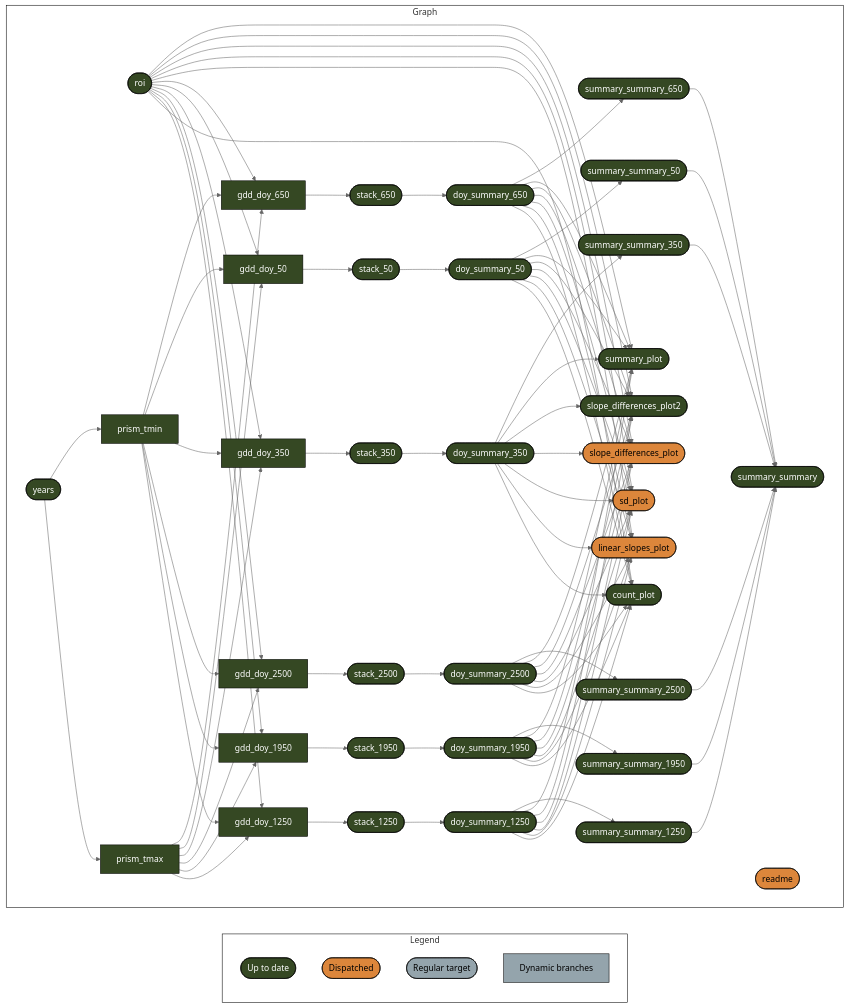
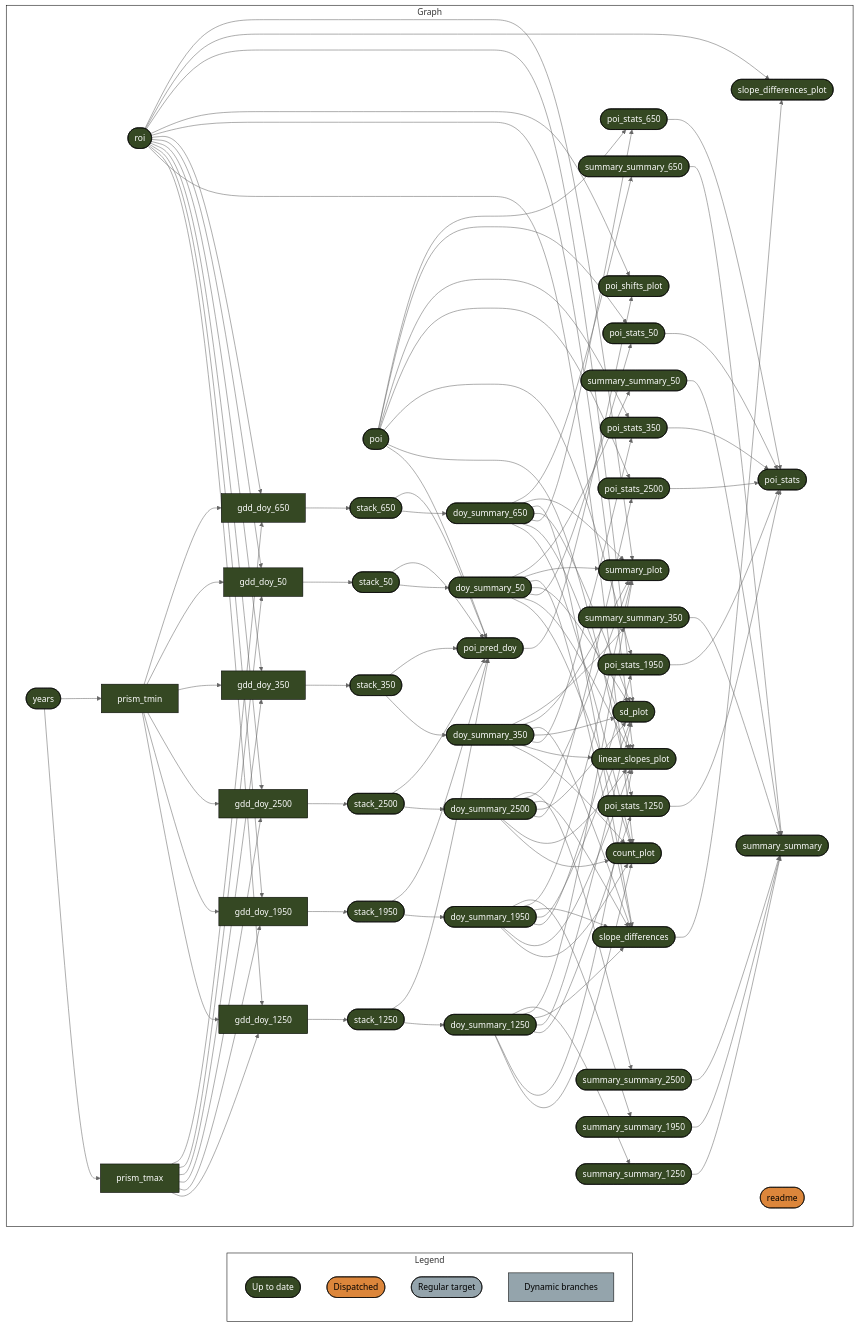
The diagram in README.md (usa-npn/thermal-trends), drawn with Mermaid (neutral theme) before and after one commit. The commit also changed other lines of this file and 1 other file, not shown here.

```diff
--- a/README.md
+++ b/README.md
@@ -61,67 +66,88 @@
   end
   subgraph Graph
     direction LR
-    xd187396e35b9df6a(["doy_summary_2500"]):::uptodate --> x11c2bf776c83b19c(["count_plot"]):::uptodate
-    xe3bc9075e32f80ca(["doy_summary_350"]):::uptodate --> x11c2bf776c83b19c(["count_plot"]):::uptodate
-    xe7a2595a28ea2e04(["doy_summary_1250"]):::uptodate --> x11c2bf776c83b19c(["count_plot"]):::uptodate
     xdc621d8734e6de6d(["doy_summary_50"]):::uptodate --> x11c2bf776c83b19c(["count_plot"]):::uptodate
-    x73ccc223e5bb7e64(["roi"]):::uptodate --> x11c2bf776c83b19c(["count_plot"]):::uptodate
     xc884cdd4fb17c69f(["doy_summary_1950"]):::uptodate --> x11c2bf776c83b19c(["count_plot"]):::uptodate
     xd36e999b706381d6(["doy_summary_650"]):::uptodate --> x11c2bf776c83b19c(["count_plot"]):::uptodate
+    xd187396e35b9df6a(["doy_summary_2500"]):::uptodate --> x11c2bf776c83b19c(["count_plot"]):::uptodate
+    xe7a2595a28ea2e04(["doy_summary_1250"]):::uptodate --> x11c2bf776c83b19c(["count_plot"]):::uptodate
+    x73ccc223e5bb7e64(["roi"]):::uptodate --> x11c2bf776c83b19c(["count_plot"]):::uptodate
+    xe3bc9075e32f80ca(["doy_summary_350"]):::uptodate --> x11c2bf776c83b19c(["count_plot"]):::uptodate
     x3290bd5727894db5(["stack_1250"]):::uptodate --> xe7a2595a28ea2e04(["doy_summary_1250"]):::uptodate
     x8aa20a6b22429bc6(["stack_1950"]):::uptodate --> xc884cdd4fb17c69f(["doy_summary_1950"]):::uptodate
     x9bfde4bdb66389ab(["stack_2500"]):::uptodate --> xd187396e35b9df6a(["doy_summary_2500"]):::uptodate
     xc842f879425cacb9(["stack_350"]):::uptodate --> xe3bc9075e32f80ca(["doy_summary_350"]):::uptodate
     xff5a5197cb4eb936(["stack_50"]):::uptodate --> xdc621d8734e6de6d(["doy_summary_50"]):::uptodate
     x98420a84329bc56b(["stack_650"]):::uptodate --> xd36e999b706381d6(["doy_summary_650"]):::uptodate
+    x73ccc223e5bb7e64(["roi"]):::uptodate --> xc8e128aab3cd4a9e["gdd_doy_1250"]:::uptodate
     xb76c0bbea0c751b0["prism_tmax"]:::uptodate --> xc8e128aab3cd4a9e["gdd_doy_1250"]:::uptodate
     xcaf68fce9acaa5b6["prism_tmin"]:::uptodate --> xc8e128aab3cd4a9e["gdd_doy_1250"]:::uptodate
-    x73ccc223e5bb7e64(["roi"]):::uptodate --> xc8e128aab3cd4a9e["gdd_doy_1250"]:::uptodate
+    xcaf68fce9acaa5b6["prism_tmin"]:::uptodate --> x2fee061101c79ea2["gdd_doy_1950"]:::uptodate
+    xb76c0bbea0c751b0["prism_tmax"]:::uptodate --> x2fee061101c79ea2["gdd_doy_1950"]:::uptodate
     x73ccc223e5bb7e64(["roi"]):::uptodate --> x2fee061101c79ea2["gdd_doy_1950"]:::uptodate
-    xb76c0bbea0c751b0["prism_tmax"]:::uptodate --> x2fee061101c79ea2["gdd_doy_1950"]:::uptodate
-    xcaf68fce9acaa5b6["prism_tmin"]:::uptodate --> x2fee061101c79ea2["gdd_doy_1950"]:::uptodate
+    x73ccc223e5bb7e64(["roi"]):::uptodate --> x28c62ae9542e7849["gdd_doy_2500"]:::uptodate
     xb76c0bbea0c751b0["prism_tmax"]:::uptodate --> x28c62ae9542e7849["gdd_doy_2500"]:::uptodate
     xcaf68fce9acaa5b6["prism_tmin"]:::uptodate --> x28c62ae9542e7849["gdd_doy_2500"]:::uptodate
-    x73ccc223e5bb7e64(["roi"]):::uptodate --> x28c62ae9542e7849["gdd_doy_2500"]:::uptodate
+    xcaf68fce9acaa5b6["prism_tmin"]:::uptodate --> x2d1ead242fc1f865["gdd_doy_350"]:::uptodate
+    xb76c0bbea0c751b0["prism_tmax"]:::uptodate --> x2d1ead242fc1f865["gdd_doy_350"]:::uptodate
     x73ccc223e5bb7e64(["roi"]):::uptodate --> x2d1ead242fc1f865["gdd_doy_350"]:::uptodate
-    xb76c0bbea0c751b0["prism_tmax"]:::uptodate --> x2d1ead242fc1f865["gdd_doy_350"]:::uptodate
-    xcaf68fce9acaa5b6["prism_tmin"]:::uptodate --> x2d1ead242fc1f865["gdd_doy_350"]:::uptodate
+    xb76c0bbea0c751b0["prism_tmax"]:::uptodate --> x786a1a0a06ddc553["gdd_doy_50"]:::uptodate
     xcaf68fce9acaa5b6["prism_tmin"]:::uptodate --> x786a1a0a06ddc553["gdd_doy_50"]:::uptodate
     x73ccc223e5bb7e64(["roi"]):::uptodate --> x786a1a0a06ddc553["gdd_doy_50"]:::uptodate
-    xb76c0bbea0c751b0["prism_tmax"]:::uptodate --> x786a1a0a06ddc553["gdd_doy_50"]:::uptodate
+    xcaf68fce9acaa5b6["prism_tmin"]:::uptodate --> x6672cfab7f0558ba["gdd_doy_650"]:::uptodate
     xb76c0bbea0c751b0["prism_tmax"]:::uptodate --> x6672cfab7f0558ba["gdd_doy_650"]:::uptodate
     x73ccc223e5bb7e64(["roi"]):::uptodate --> x6672cfab7f0558ba["gdd_doy_650"]:::uptodate
-    xcaf68fce9acaa5b6["prism_tmin"]:::uptodate --> x6672cfab7f0558ba["gdd_doy_650"]:::uptodate
-    x73ccc223e5bb7e64(["roi"]):::uptodate --> x9a95e37bbec60034(["linear_slopes_plot"]):::dispatched
-    xdc621d8734e6de6d(["doy_summary_50"]):::uptodate --> x9a95e37bbec60034(["linear_slopes_plot"]):::dispatched
-    xc884cdd4fb17c69f(["doy_summary_1950"]):::uptodate --> x9a95e37bbec60034(["linear_slopes_plot"]):::dispatched
-    xe3bc9075e32f80ca(["doy_summary_350"]):::uptodate --> x9a95e37bbec60034(["linear_slopes_plot"]):::dispatched
-    xd187396e35b9df6a(["doy_summary_2500"]):::uptodate --> x9a95e37bbec60034(["linear_slopes_plot"]):::dispatched
-    xe7a2595a28ea2e04(["doy_summary_1250"]):::uptodate --> x9a95e37bbec60034(["linear_slopes_plot"]):::dispatched
-    xd36e999b706381d6(["doy_summary_650"]):::uptodate --> x9a95e37bbec60034(["linear_slopes_plot"]):::dispatched
+    xe7a2595a28ea2e04(["doy_summary_1250"]):::uptodate --> x9a95e37bbec60034(["linear_slopes_plot"]):::uptodate
+    xd187396e35b9df6a(["doy_summary_2500"]):::uptodate --> x9a95e37bbec60034(["linear_slopes_plot"]):::uptodate
+    xdc621d8734e6de6d(["doy_summary_50"]):::uptodate --> x9a95e37bbec60034(["linear_slopes_plot"]):::uptodate
+    xc884cdd4fb17c69f(["doy_summary_1950"]):::uptodate --> x9a95e37bbec60034(["linear_slopes_plot"]):::uptodate
+    xe3bc9075e32f80ca(["doy_summary_350"]):::uptodate --> x9a95e37bbec60034(["linear_slopes_plot"]):::uptodate
+    xd36e999b706381d6(["doy_summary_650"]):::uptodate --> x9a95e37bbec60034(["linear_slopes_plot"]):::uptodate
+    x73ccc223e5bb7e64(["roi"]):::uptodate --> x9a95e37bbec60034(["linear_slopes_plot"]):::uptodate
+    xff5a5197cb4eb936(["stack_50"]):::uptodate --> x41b128208ccec715(["poi_pred_doy"]):::uptodate
+    xc842f879425cacb9(["stack_350"]):::uptodate --> x41b128208ccec715(["poi_pred_doy"]):::uptodate
+    x556077819df2ba0d(["poi"]):::uptodate --> x41b128208ccec715(["poi_pred_doy"]):::uptodate
+    x98420a84329bc56b(["stack_650"]):::uptodate --> x41b128208ccec715(["poi_pred_doy"]):::uptodate
+    x8aa20a6b22429bc6(["stack_1950"]):::uptodate --> x41b128208ccec715(["poi_pred_doy"]):::uptodate
+    x3290bd5727894db5(["stack_1250"]):::uptodate --> x41b128208ccec715(["poi_pred_doy"]):::uptodate
+    x9bfde4bdb66389ab(["stack_2500"]):::uptodate --> x41b128208ccec715(["poi_pred_doy"]):::uptodate
+    x41b128208ccec715(["poi_pred_doy"]):::uptodate --> xbd115849bddb4a76(["poi_shifts_plot"]):::uptodate
+    x73ccc223e5bb7e64(["roi"]):::uptodate --> xbd115849bddb4a76(["poi_shifts_plot"]):::uptodate
+    x4a0f84ca502caa8d(["poi_stats_1950"]):::uptodate --> x7a722b64ce2ed1a1(["poi_stats"]):::uptodate
+    xbdede1d17e2cddbb(["poi_stats_2500"]):::uptodate --> x7a722b64ce2ed1a1(["poi_stats"]):::uptodate
+    x585c954b4e620bc6(["poi_stats_50"]):::uptodate --> x7a722b64ce2ed1a1(["poi_stats"]):::uptodate
+    x6fbb12a3bc31060f(["poi_stats_1250"]):::uptodate --> x7a722b64ce2ed1a1(["poi_stats"]):::uptodate
+    x87ab2591407fd72c(["poi_stats_650"]):::uptodate --> x7a722b64ce2ed1a1(["poi_stats"]):::uptodate
+    xc303273133d8a2cf(["poi_stats_350"]):::uptodate --> x7a722b64ce2ed1a1(["poi_stats"]):::uptodate
+    xe7a2595a28ea2e04(["doy_summary_1250"]):::uptodate --> x6fbb12a3bc31060f(["poi_stats_1250"]):::uptodate
+    x556077819df2ba0d(["poi"]):::uptodate --> x6fbb12a3bc31060f(["poi_stats_1250"]):::uptodate
+    x556077819df2ba0d(["poi"]):::uptodate --> x4a0f84ca502caa8d(["poi_stats_1950"]):::uptodate
+    xc884cdd4fb17c69f(["doy_summary_1950"]):::uptodate --> x4a0f84ca502caa8d(["poi_stats_1950"]):::uptodate
+    xd187396e35b9df6a(["doy_summary_2500"]):::uptodate --> xbdede1d17e2cddbb(["poi_stats_2500"]):::uptodate
+    x556077819df2ba0d(["poi"]):::uptodate --> xbdede1d17e2cddbb(["poi_stats_2500"]):::uptodate
+    x556077819df2ba0d(["poi"]):::uptodate --> xc303273133d8a2cf(["poi_stats_350"]):::uptodate
+    xe3bc9075e32f80ca(["doy_summary_350"]):::uptodate --> xc303273133d8a2cf(["poi_stats_350"]):::uptodate
+    xdc621d8734e6de6d(["doy_summary_50"]):::uptodate --> x585c954b4e620bc6(["poi_stats_50"]):::uptodate
+    x556077819df2ba0d(["poi"]):::uptodate --> x585c954b4e620bc6(["poi_stats_50"]):::uptodate
+    xd36e999b706381d6(["doy_summary_650"]):::uptodate --> x87ab2591407fd72c(["poi_stats_650"]):::uptodate
+    x556077819df2ba0d(["poi"]):::uptodate --> x87ab2591407fd72c(["poi_stats_650"]):::uptodate
     xf9ac23fbc741da6f(["years"]):::uptodate --> xb76c0bbea0c751b0["prism_tmax"]:::uptodate
     xf9ac23fbc741da6f(["years"]):::uptodate --> xcaf68fce9acaa5b6["prism_tmin"]:::uptodate
-    x73ccc223e5bb7e64(["roi"]):::uptodate --> x1a7be1bbbb0646ca(["sd_plot"]):::dispatched
-    xdc621d8734e6de6d(["doy_summary_50"]):::uptodate --> x1a7be1bbbb0646ca(["sd_plot"]):::dispatched
-    xe3bc9075e32f80ca(["doy_summary_350"]):::uptodate --> x1a7be1bbbb0646ca(["sd_plot"]):::dispatched
-    xd36e999b706381d6(["doy_summary_650"]):::uptodate --> x1a7be1bbbb0646ca(["sd_plot"]):::dispatched
-    xd187396e35b9df6a(["doy_summary_2500"]):::uptodate --> x1a7be1bbbb0646ca(["sd_plot"]):::dispatched
-    xe7a2595a28ea2e04(["doy_summary_1250"]):::uptodate --> x1a7be1bbbb0646ca(["sd_plot"]):::dispatched
-    xc884cdd4fb17c69f(["doy_summary_1950"]):::uptodate --> x1a7be1bbbb0646ca(["sd_plot"]):::dispatched
-    xe7a2595a28ea2e04(["doy_summary_1250"]):::uptodate --> x37fe5b550c0a1008(["slope_differences_plot"]):::dispatched
-    xd187396e35b9df6a(["doy_summary_2500"]):::uptodate --> x37fe5b550c0a1008(["slope_differences_plot"]):::dispatched
-    xdc621d8734e6de6d(["doy_summary_50"]):::uptodate --> x37fe5b550c0a1008(["slope_differences_plot"]):::dispatched
-    xe3bc9075e32f80ca(["doy_summary_350"]):::uptodate --> x37fe5b550c0a1008(["slope_differences_plot"]):::dispatched
-    xd36e999b706381d6(["doy_summary_650"]):::uptodate --> x37fe5b550c0a1008(["slope_differences_plot"]):::dispatched
-    x73ccc223e5bb7e64(["roi"]):::uptodate --> x37fe5b550c0a1008(["slope_differences_plot"]):::dispatched
-    xc884cdd4fb17c69f(["doy_summary_1950"]):::uptodate --> x37fe5b550c0a1008(["slope_differences_plot"]):::dispatched
-    xdc621d8734e6de6d(["doy_summary_50"]):::uptodate --> x22c8556705f3acc9(["slope_differences_plot2"]):::uptodate
-    x73ccc223e5bb7e64(["roi"]):::uptodate --> x22c8556705f3acc9(["slope_differences_plot2"]):::uptodate
-    xd187396e35b9df6a(["doy_summary_2500"]):::uptodate --> x22c8556705f3acc9(["slope_differences_plot2"]):::uptodate
-    xe7a2595a28ea2e04(["doy_summary_1250"]):::uptodate --> x22c8556705f3acc9(["slope_differences_plot2"]):::uptodate
-    xe3bc9075e32f80ca(["doy_summary_350"]):::uptodate --> x22c8556705f3acc9(["slope_differences_plot2"]):::uptodate
-    xd36e999b706381d6(["doy_summary_650"]):::uptodate --> x22c8556705f3acc9(["slope_differences_plot2"]):::uptodate
-    xc884cdd4fb17c69f(["doy_summary_1950"]):::uptodate --> x22c8556705f3acc9(["slope_differences_plot2"]):::uptodate
+    xd187396e35b9df6a(["doy_summary_2500"]):::uptodate --> x1a7be1bbbb0646ca(["sd_plot"]):::uptodate
+    xdc621d8734e6de6d(["doy_summary_50"]):::uptodate --> x1a7be1bbbb0646ca(["sd_plot"]):::uptodate
+    xe3bc9075e32f80ca(["doy_summary_350"]):::uptodate --> x1a7be1bbbb0646ca(["sd_plot"]):::uptodate
+    xd36e999b706381d6(["doy_summary_650"]):::uptodate --> x1a7be1bbbb0646ca(["sd_plot"]):::uptodate
+    x73ccc223e5bb7e64(["roi"]):::uptodate --> x1a7be1bbbb0646ca(["sd_plot"]):::uptodate
+    xe7a2595a28ea2e04(["doy_summary_1250"]):::uptodate --> x1a7be1bbbb0646ca(["sd_plot"]):::uptodate
+    xc884cdd4fb17c69f(["doy_summary_1950"]):::uptodate --> x1a7be1bbbb0646ca(["sd_plot"]):::uptodate
+    xd187396e35b9df6a(["doy_summary_2500"]):::uptodate --> xeb357bf500cb426f(["slope_differences"]):::uptodate
+    xc884cdd4fb17c69f(["doy_summary_1950"]):::uptodate --> xeb357bf500cb426f(["slope_differences"]):::uptodate
+    xe7a2595a28ea2e04(["doy_summary_1250"]):::uptodate --> xeb357bf500cb426f(["slope_differences"]):::uptodate
+    xd36e999b706381d6(["doy_summary_650"]):::uptodate --> xeb357bf500cb426f(["slope_differences"]):::uptodate
+    xdc621d8734e6de6d(["doy_summary_50"]):::uptodate --> xeb357bf500cb426f(["slope_differences"]):::uptodate
+    xe3bc9075e32f80ca(["doy_summary_350"]):::uptodate --> xeb357bf500cb426f(["slope_differences"]):::uptodate
+    xeb357bf500cb426f(["slope_differences"]):::uptodate --> x37fe5b550c0a1008(["slope_differences_plot"]):::uptodate
+    x73ccc223e5bb7e64(["roi"]):::uptodate --> x37fe5b550c0a1008(["slope_differences_plot"]):::uptodate
     xc8e128aab3cd4a9e["gdd_doy_1250"]:::uptodate --> x3290bd5727894db5(["stack_1250"]):::uptodate
     x2fee061101c79ea2["gdd_doy_1950"]:::uptodate --> x8aa20a6b22429bc6(["stack_1950"]):::uptodate
     x28c62ae9542e7849["gdd_doy_2500"]:::uptodate --> x9bfde4bdb66389ab(["stack_2500"]):::uptodate
@@ -130,11 +156,11 @@
     x6672cfab7f0558ba["gdd_doy_650"]:::uptodate --> x98420a84329bc56b(["stack_650"]):::uptodate
     xe7a2595a28ea2e04(["doy_summary_1250"]):::uptodate --> x000fd996de9c9b5d(["summary_plot"]):::uptodate
     xd187396e35b9df6a(["doy_summary_2500"]):::uptodate --> x000fd996de9c9b5d(["summary_plot"]):::uptodate
+    x73ccc223e5bb7e64(["roi"]):::uptodate --> x000fd996de9c9b5d(["summary_plot"]):::uptodate
+    xd36e999b706381d6(["doy_summary_650"]):::uptodate --> x000fd996de9c9b5d(["summary_plot"]):::uptodate
     xdc621d8734e6de6d(["doy_summary_50"]):::uptodate --> x000fd996de9c9b5d(["summary_plot"]):::uptodate
     xc884cdd4fb17c69f(["doy_summary_1950"]):::uptodate --> x000fd996de9c9b5d(["summary_plot"]):::uptodate
-    x73ccc223e5bb7e64(["roi"]):::uptodate --> x000fd996de9c9b5d(["summary_plot"]):::uptodate
     xe3bc9075e32f80ca(["doy_summary_350"]):::uptodate --> x000fd996de9c9b5d(["summary_plot"]):::uptodate
-    xd36e999b706381d6(["doy_summary_650"]):::uptodate --> x000fd996de9c9b5d(["summary_plot"]):::uptodate
     x21512ad81bd47b85(["summary_summary_1250"]):::uptodate --> xeb07a0ecc48d018b(["summary_summary"]):::uptodate
     x22d1d76737e8c96c(["summary_summary_1950"]):::uptodate --> xeb07a0ecc48d018b(["summary_summary"]):::uptodate
     x98d5cb9b25df8fa2(["summary_summary_2500"]):::uptodate --> xeb07a0ecc48d018b(["summary_summary"]):::uptodate
```
